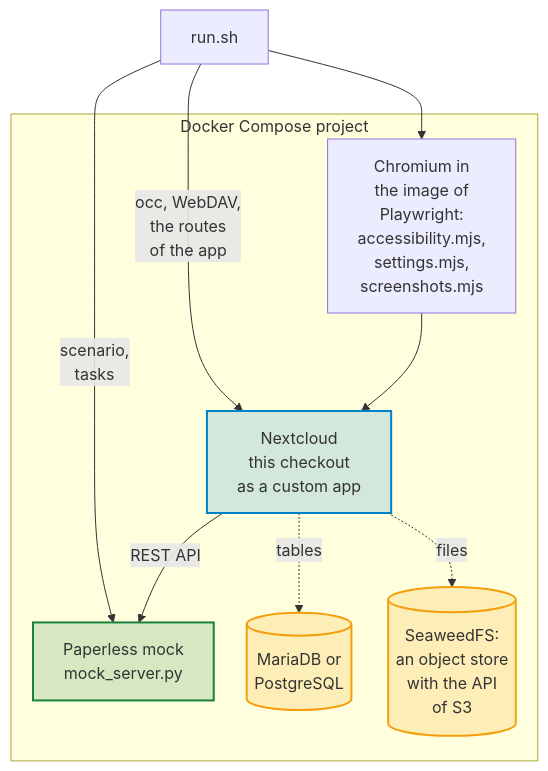
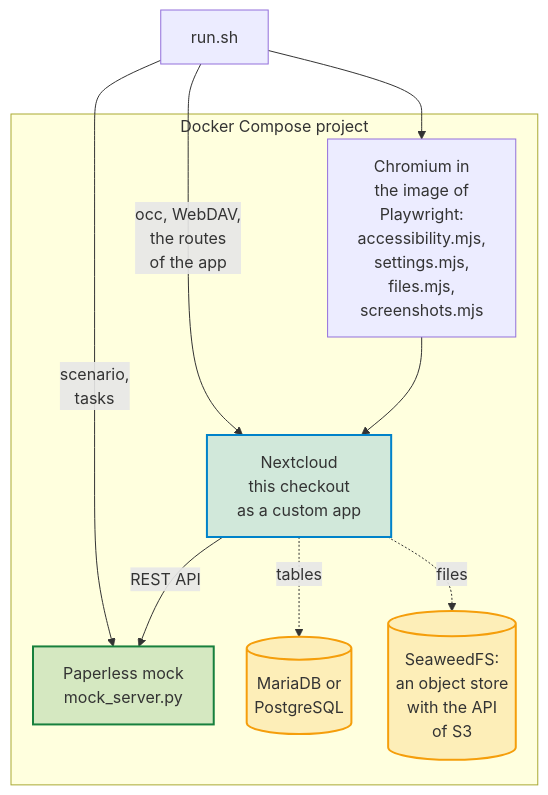
Before and after one commit to Dennis-Otto/paperless-sync: the diagram in docs/diagrams/what-the-end-to-end-tests-run.mmd, drawn with Mermaid. The commit also changed 99 other files, not shown here.

```diff
--- a/docs/diagrams/what-the-end-to-end-tests-run.mmd
+++ b/docs/diagrams/what-the-end-to-end-tests-run.mmd
@@ -1,32 +1,32 @@
 ---
 config:
   flowchart:
     nodeSpacing: 24
 ---
 flowchart TB
     accTitle: What the end-to-end tests run
-    accDescr: run.sh drives a Docker Compose project. It talks to Nextcloud, which runs this checkout as a custom app, through occ, WebDAV and the routes of the app; it sets the scenario and the tasks of the Paperless mock, mock_server.py, which Nextcloud calls through the REST API; and it starts Chromium in the image of Playwright, which runs accessibility.mjs, settings.mjs and screenshots.mjs against Nextcloud. On request, Nextcloud keeps its tables in MariaDB or PostgreSQL instead of SQLite, and its files in an object store with the API of S3.
+    accDescr: run.sh drives a Docker Compose project. It talks to Nextcloud, which runs this checkout as a custom app, through occ, WebDAV and the routes of the app; it sets the scenario and the tasks of the Paperless mock, mock_server.py, which Nextcloud calls through the REST API; and it starts Chromium in the image of Playwright, which runs accessibility.mjs, settings.mjs, files.mjs and screenshots.mjs against Nextcloud. On request, Nextcloud keeps its tables in MariaDB or PostgreSQL instead of SQLite, and its files in an object store with the API of S3.
 
     run["run.sh"]
     subgraph compose ["Docker Compose project"]
-        browser["Chromium in<br>the image of<br>Playwright:<br>accessibility.mjs,<br>settings.mjs,<br>screenshots.mjs"]
+        browser["Chromium in<br>the image of<br>Playwright:<br>accessibility.mjs,<br>settings.mjs,<br>files.mjs,<br>screenshots.mjs"]
         nextcloud["Nextcloud<br>this checkout<br>as a custom app"]
         mock["Paperless mock<br>mock_server.py"]
         database[("MariaDB or<br>PostgreSQL")]
         s3[("SeaweedFS:<br>an object store<br>with the API<br>of S3")]
     end
 
     run --> browser
     run -- "occ, WebDAV,<br>the routes<br>of the app" --> nextcloud
     run -- "scenario,<br>tasks" --> mock
     browser --> nextcloud
     nextcloud -- "REST API" --> mock
     nextcloud -. "tables" .-> database
     nextcloud -. "files" .-> s3
 
     classDef nextcloud fill:#0082c92e,stroke:#0082c9,stroke-width:2px
     classDef paperless fill:#17803d2e,stroke:#17803d,stroke-width:2px
     classDef data fill:#f59e0b2e,stroke:#f59e0b,stroke-width:2px
     class nextcloud nextcloud
     class mock paperless
     class database,s3 data
```
